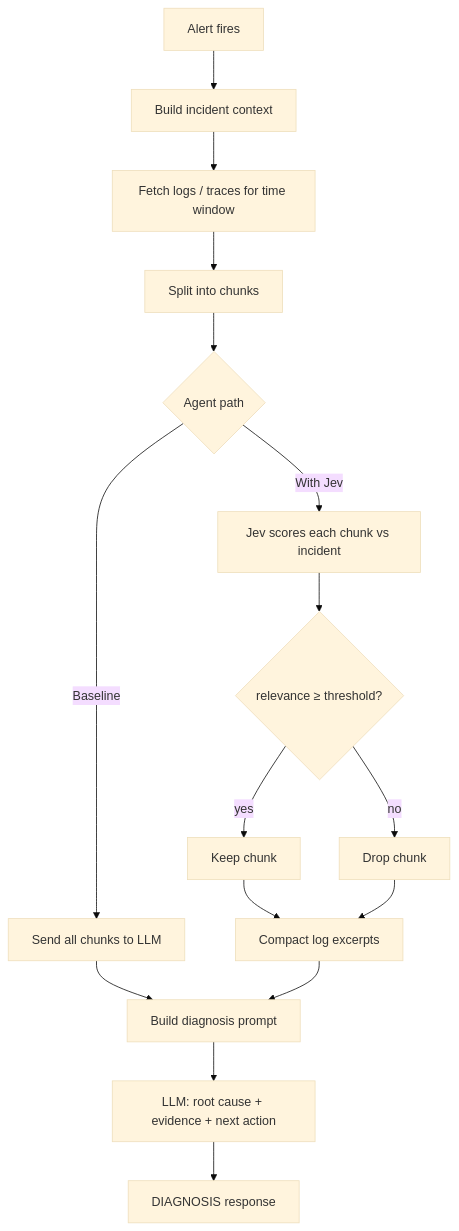
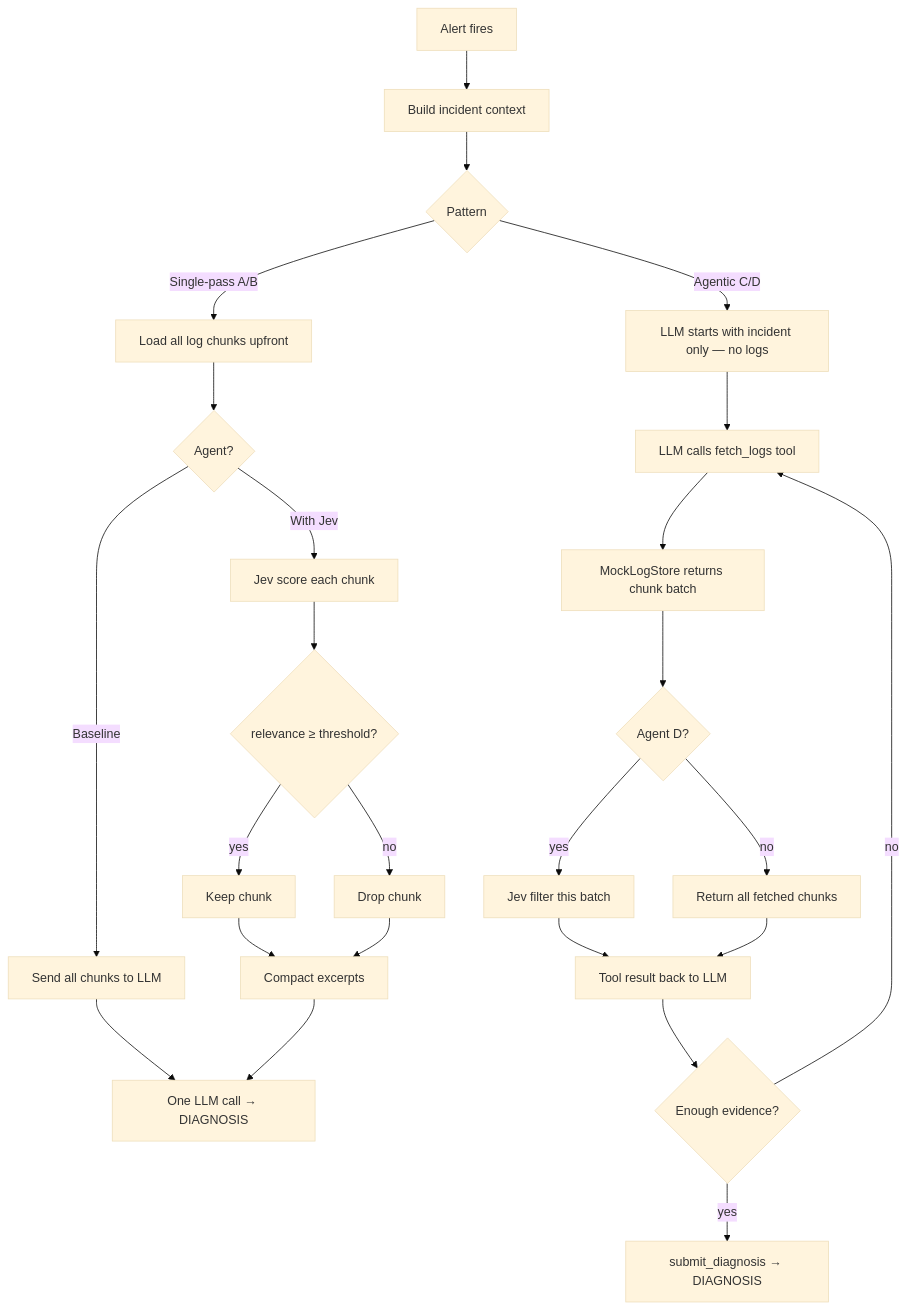
The diagram in README.md (saiky-devops/jev-log-chunk-triage), drawn with Mermaid (base theme) before and after one commit. The commit also changed other lines of this file, not shown here.

````diff
--- a/README.md
+++ b/README.md
@@ -54,19 +54,30 @@
 ```mermaid
 flowchart TD
     A[Alert fires] --> B[Build incident context]
-    B --> C[Fetch logs / traces for time window]
-    C --> D[Split into chunks]
-    D --> E{Agent path}
 
-    E -->|Baseline| F[Send all chunks to LLM]
-    E -->|With Jev| G[Jev scores each chunk vs incident]
+    B --> P{Pattern}
+
+    P -->|Single-pass A/B| C[Load all log chunks upfront]
+    C --> D{Agent?}
+    D -->|Baseline| F[Send all chunks to LLM]
+    D -->|With Jev| G[Jev score each chunk]
     G --> H{relevance ≥ threshold?}
     H -->|yes| I[Keep chunk]
     H -->|no| J[Drop chunk]
-    I --> K[Compact log excerpts]
+    I --> K[Compact excerpts]
     J --> K
-    F --> L[Build diagnosis prompt]
+    F --> L[One LLM call → DIAGNOSIS]
     K --> L
-    L --> M[LLM: root cause + evidence + next action]
-    M --> N[DIAGNOSIS response]
+
+    P -->|Agentic C/D| M[LLM starts with incident only — no logs]
+    M --> N[LLM calls fetch_logs tool]
+    N --> O[MockLogStore returns chunk batch]
+    O --> Q{Agent D?}
+    Q -->|yes| R[Jev filter this batch]
+    Q -->|no| S[Return all fetched chunks]
+    R --> T[Tool result back to LLM]
+    S --> T
+    T --> U{Enough evidence?}
+    U -->|no| N
+    U -->|yes| V[submit_diagnosis → DIAGNOSIS]
 ```
````
